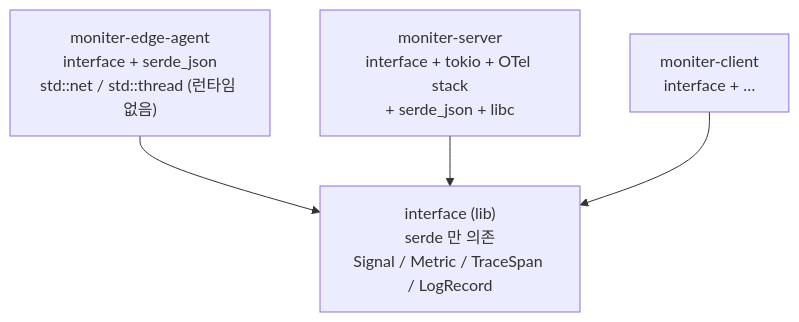
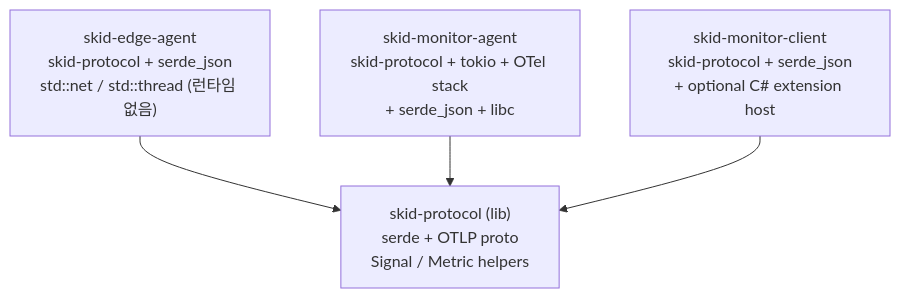
The fifth of 5 diagrams in docs/edge-agent-deployment.md (LuticaCANARD/skid-monitor), drawn with Mermaid before and after one commit. The commit also changed other lines of this file and 31 other files, not shown here.

First line of the commit message:
feat: implement skid-monitor client and protocol for telemetry data

````diff
--- a/docs/edge-agent-deployment.md
+++ b/docs/edge-agent-deployment.md
@@ -553,10 +552,10 @@
 ```mermaid
 flowchart TD
-    IF["interface (lib)<br/>serde 만 의존<br/>Signal / Metric / TraceSpan / LogRecord"]
-    EA["moniter-edge-agent<br/>interface + serde_json<br/>std::net / std::thread (런타임 없음)"]
-    SV["moniter-server<br/>interface + tokio + OTel stack<br/>+ serde_json + libc"]
-    CL["moniter-client<br/>interface + …"]
+    IF["skid-protocol (lib)<br/>serde + OTLP proto<br/>Signal / Metric helpers"]
+    EA["skid-edge-agent<br/>skid-protocol + serde_json<br/>std::net / std::thread (런타임 없음)"]
+    SV["skid-monitor-agent<br/>skid-protocol + tokio + OTel stack<br/>+ serde_json + libc"]
+    CL["skid-monitor-client<br/>skid-protocol + serde_json<br/>+ optional C# extension host"]
     EA --> IF
     SV --> IF
     CL --> IF
 ```
````
